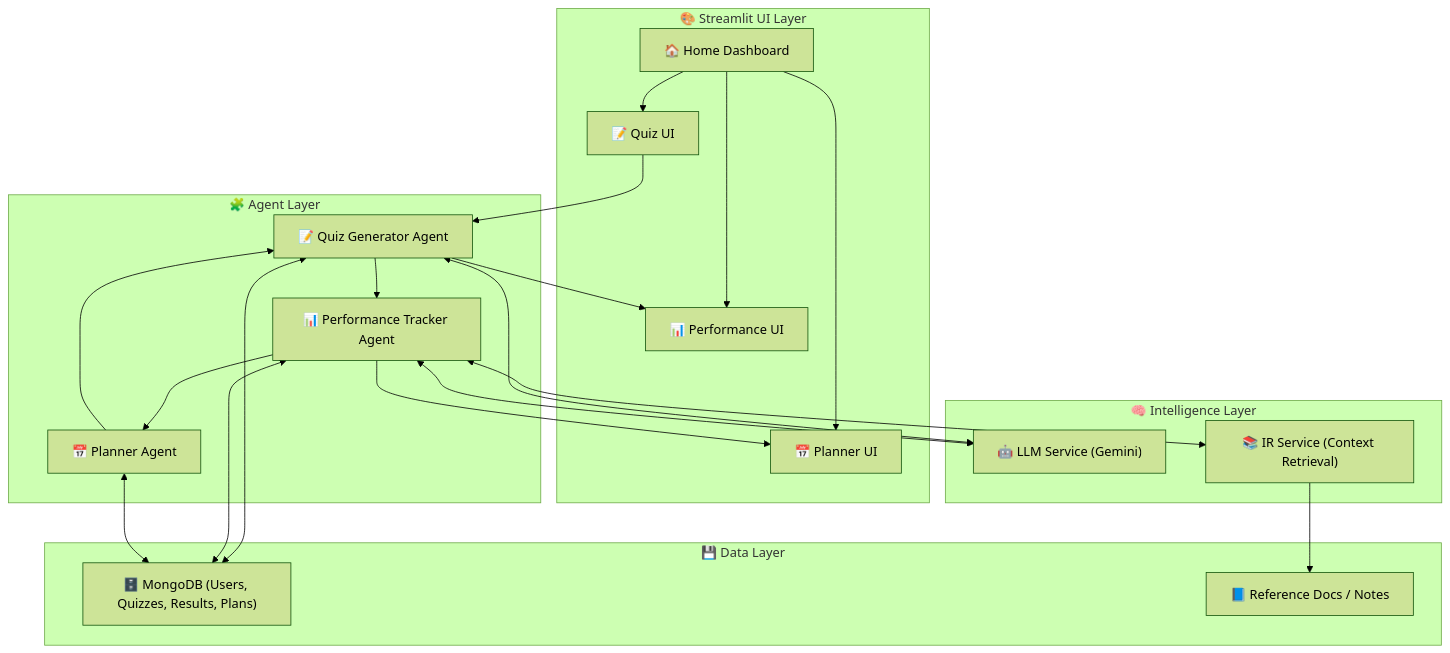
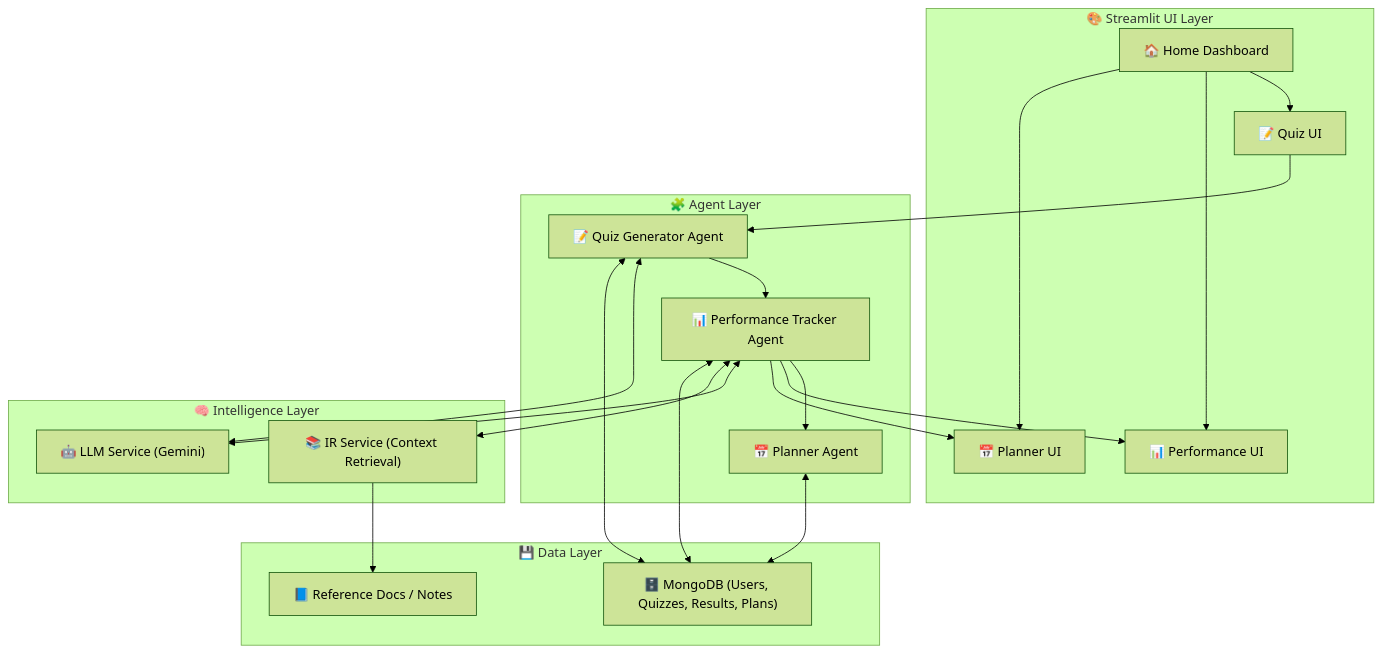
The diagram in README.md (LochanaLithira/Adaptive-Exam-Preparation-AI), drawn with Mermaid (forest theme) before and after one commit.

````diff
--- a/README.md
+++ b/README.md
@@ -24,58 +24,58 @@
 ```mermaid
 flowchart TD
     %% User Layer
     subgraph UI["🎨 Streamlit UI Layer"]
         UI_Home["🏠 Home Dashboard"]
         UI_Quiz["📝 Quiz UI"]
         UI_Performance["📊 Performance UI"]
         UI_Planner["📅 Planner UI"]
     end
 
     %% Agent Layer
     subgraph AGENTS["🧩 Agent Layer"]
         C["📝 Quiz Generator Agent"]
         D["📊 Performance Tracker Agent"]
         B["📅 Planner Agent"]
     end
 
     %% Intelligence Layer
     subgraph AI["🧠 Intelligence Layer"]
         LLM["🤖 LLM Service (Gemini)"]
         IR["📚 IR Service (Context Retrieval)"]
     end
 
     %% Data Layer
     subgraph DATA["💾 Data Layer"]
         DB["🗄️ MongoDB (Users, Quizzes, Results, Plans)"]
         DOCS["📘 Reference Docs / Notes"]
     end
 
     %% UI Navigation
     UI_Home --> UI_Quiz
     UI_Home --> UI_Performance
     UI_Home --> UI_Planner
 
     %% User to Quiz Agent
     UI_Quiz --> C
 
     %% Main Agent Flow
     C --> D
     D --> B
-    B --> C
 
     %% Feedback to UI
-    C --> UI_Performance
+    D --> UI_Performance
     D --> UI_Planner
 
     %% Intelligence integration
     C <--> LLM
     D <--> LLM
     D <--> IR
 
     %% Data connections
     C <--> DB
     D <--> DB
     B <--> DB
     IR --> DOCS
 
+
 ```
````
